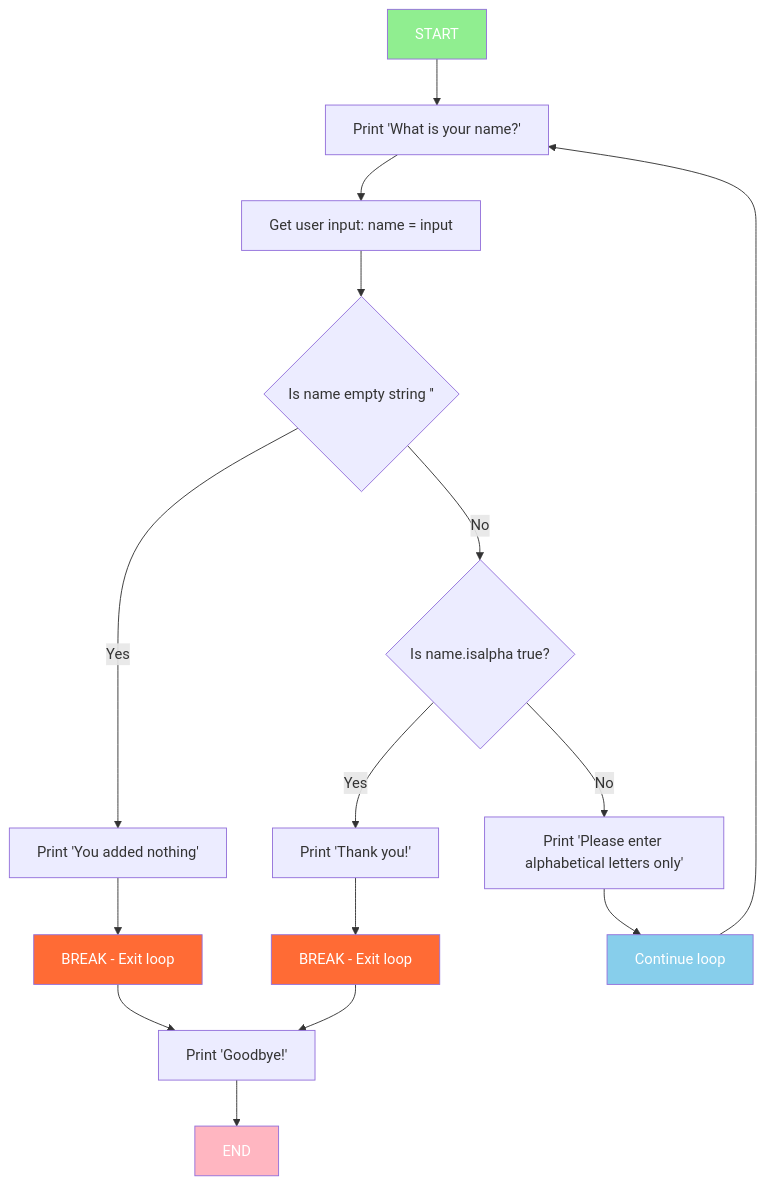
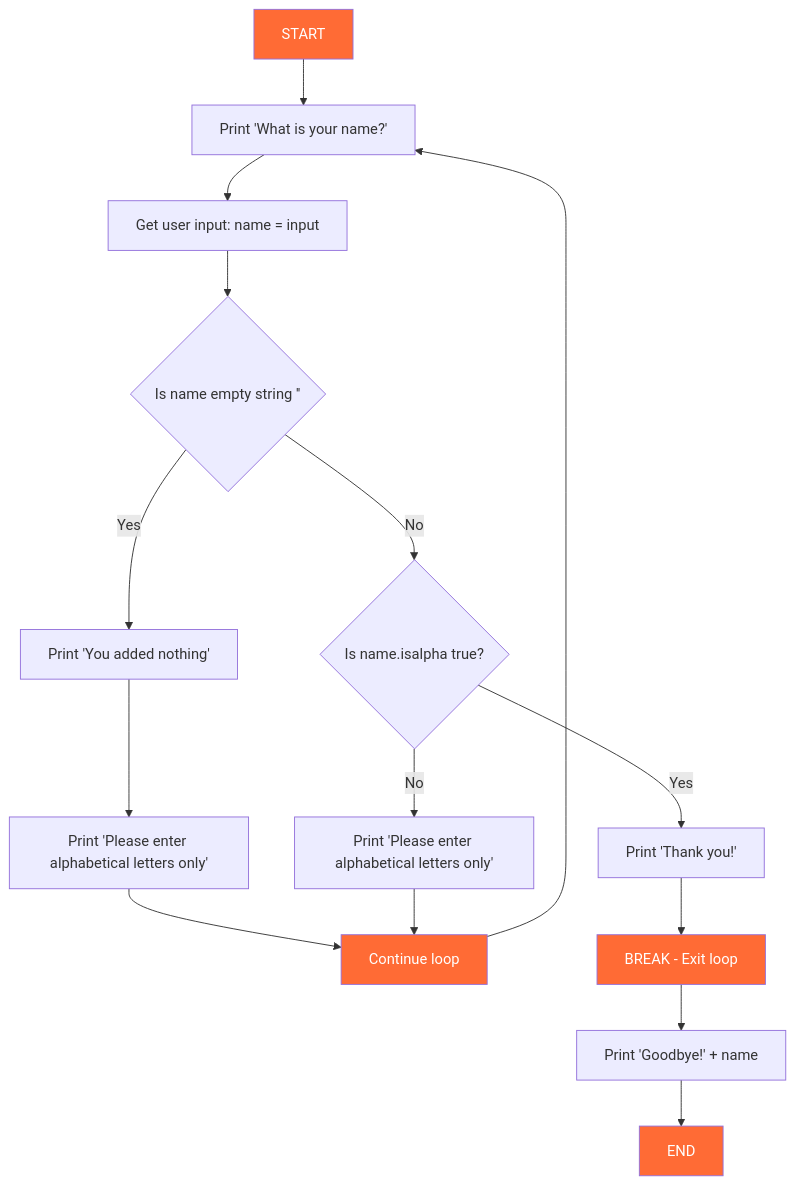
One commit to TestingUser47/Automate-the-Boring-Stuff-Projects changed the diagram in Chapter 3/Chapter 3 Notes.md. Above: the diagram before and after it, drawn with Mermaid. The commit also changed other lines of this file and 1 other file, not shown here.

````diff
--- a/Chapter 3/Chapter 3 Notes.md
+++ b/Chapter 3/Chapter 3 Notes.md
@@ -46,25 +51,24 @@
 ```mermaid
 flowchart TD
     A[START] --> B[Print 'What is your name?']
     B --> C[Get user input: name = input]
     C --> D{Is name empty string ''}
     D -->|Yes| E[Print 'You added nothing']
-    E --> F[BREAK - Exit loop]
-    F --> K[Print 'Goodbye!']
-    K --> L[END]
+    E --> F[Print 'Please enter alphabetical letters only']
+    F --> M[Continue loop]
+    M --> B
     
     D -->|No| G{Is name.isalpha true?}
     G -->|Yes| H[Print 'Thank you!']
     H --> I[BREAK - Exit loop]
-    I --> K
+    I --> K[Print 'Goodbye!' + name]
+    K --> L[END]
     
     G -->|No| J[Print 'Please enter alphabetical letters only']
-    J --> M[Continue loop]
-    M --> B
+    J --> M
     
-    style A fill:#90EE90,color:#FFFFFF
-    style L fill:#FFB6C1,color:#FFFFFF
-    style F fill:#FF6B35,color:#FFFFFF
+    style A fill:#FF6B35,color:#FFFFFF
+    style L fill:#FF6B35,color:#FFFFFF
     style I fill:#FF6B35,color:#FFFFFF
-    style M fill:#87CEEB,color:#FFFFFF
+    style M fill:#FF6B35,color:#FFFFFF
 ```
````
